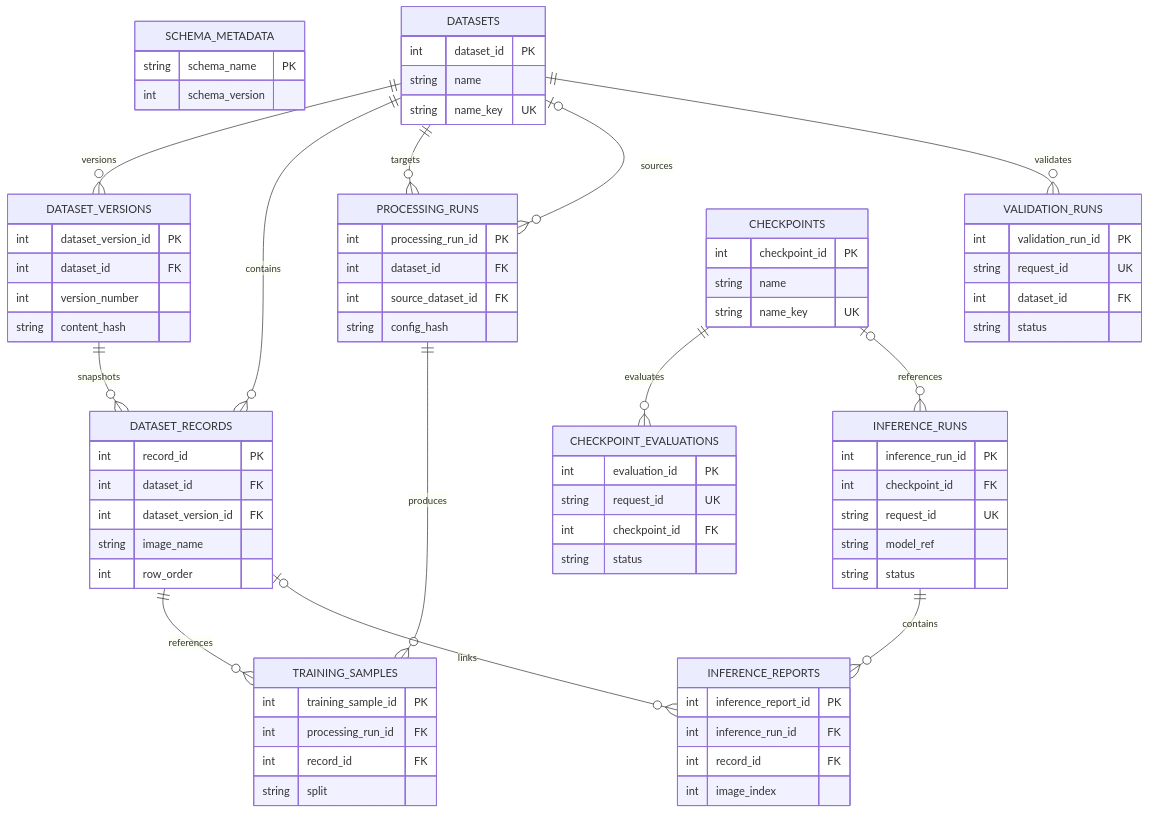
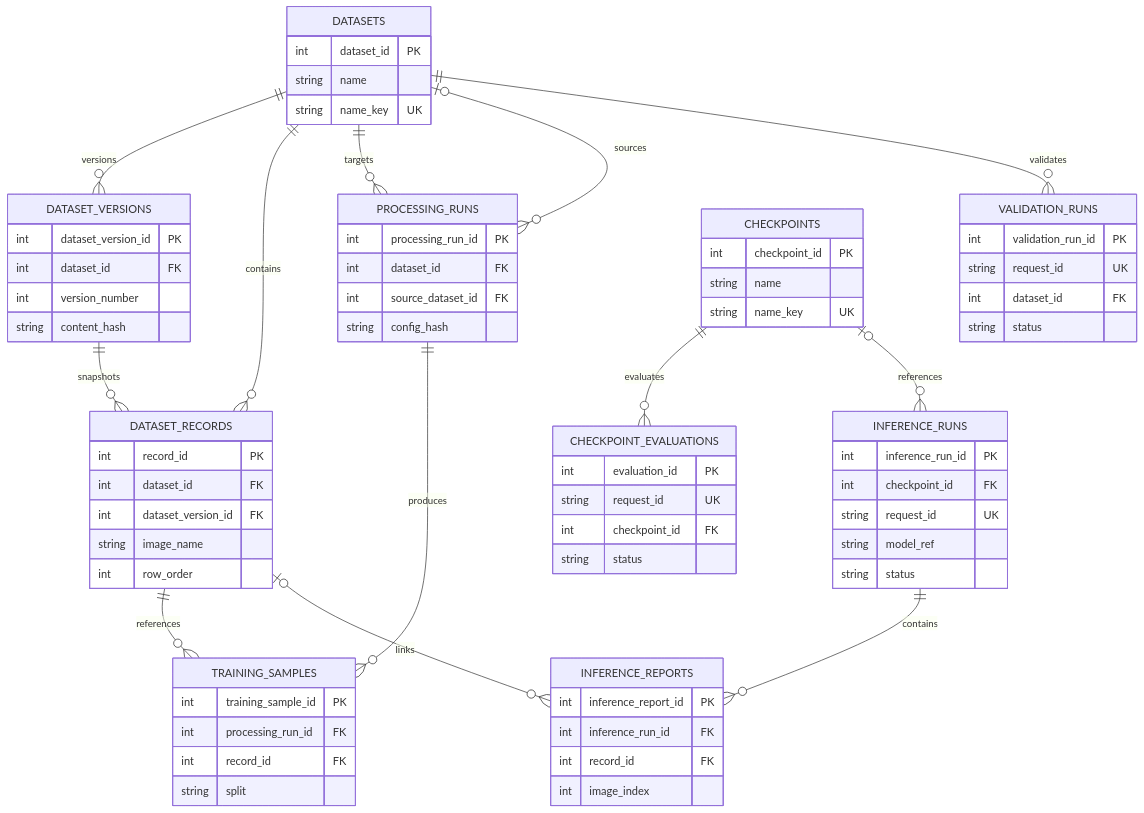
The diagram in assets/docs/architecture/persistence.md (CTCycle/XREPORT-radiological-reports-generator), drawn with Mermaid before and after one commit. The commit also changed other lines of this file and 25 other files, not shown here.

````diff
--- a/assets/docs/architecture/persistence.md
+++ b/assets/docs/architecture/persistence.md
@@ -37,80 +39,76 @@
 ```mermaid
 erDiagram
-    SCHEMA_METADATA {
-        string schema_name PK
-        int schema_version
-    }
     DATASETS {
         int dataset_id PK
         string name
         string name_key UK
     }
     DATASET_VERSIONS {
         int dataset_version_id PK
         int dataset_id FK
         int version_number
         string content_hash
     }
     DATASET_RECORDS {
         int record_id PK
         int dataset_id FK
         int dataset_version_id FK
         string image_name
         int row_order
     }
     PROCESSING_RUNS {
         int processing_run_id PK
         int dataset_id FK
         int source_dataset_id FK
         string config_hash
     }
     TRAINING_SAMPLES {
         int training_sample_id PK
         int processing_run_id FK
         int record_id FK
         string split
     }
     VALIDATION_RUNS {
         int validation_run_id PK
         string request_id UK
         int dataset_id FK
         string status
     }
     CHECKPOINTS {
         int checkpoint_id PK
         string name
         string name_key UK
     }
     CHECKPOINT_EVALUATIONS {
         int evaluation_id PK
         string request_id UK
         int checkpoint_id FK
         string status
     }
     INFERENCE_RUNS {
         int inference_run_id PK
         int checkpoint_id FK
         string request_id UK
         string model_ref
         string status
     }
     INFERENCE_REPORTS {
         int inference_report_id PK
         int inference_run_id FK
         int record_id FK
         int image_index
     }
 
     DATASETS ||--o{ DATASET_VERSIONS : versions
     DATASETS ||--o{ DATASET_RECORDS : contains
     DATASET_VERSIONS ||--o{ DATASET_RECORDS : snapshots
     DATASETS ||--o{ PROCESSING_RUNS : targets
     DATASETS o|--o{ PROCESSING_RUNS : sources
     PROCESSING_RUNS ||--o{ TRAINING_SAMPLES : produces
     DATASET_RECORDS ||--o{ TRAINING_SAMPLES : references
     DATASETS ||--o{ VALIDATION_RUNS : validates
     CHECKPOINTS ||--o{ CHECKPOINT_EVALUATIONS : evaluates
     CHECKPOINTS o|--o{ INFERENCE_RUNS : references
     INFERENCE_RUNS ||--o{ INFERENCE_REPORTS : contains
     DATASET_RECORDS o|--o{ INFERENCE_REPORTS : links
 ```
````
